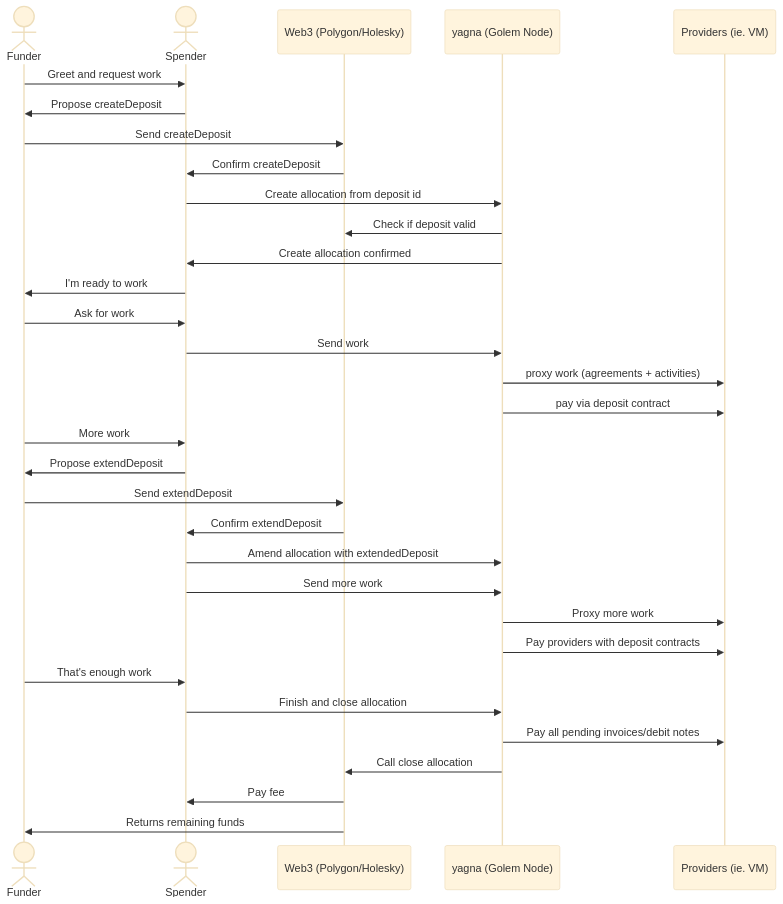
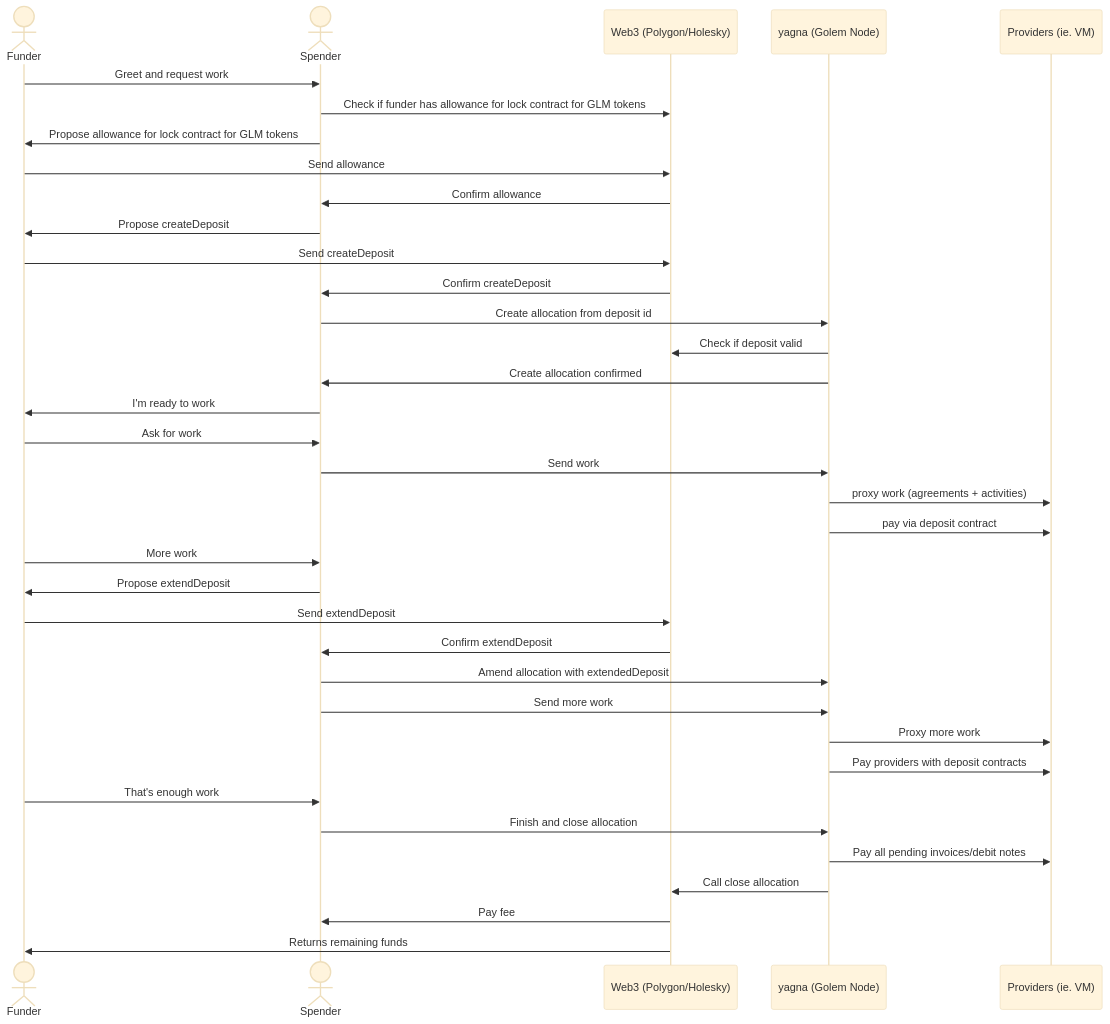
Before and after one commit to golemfactory/golem-architecture: the first of 2 diagrams in specs/deposits.md, drawn with Mermaid (base theme).

Commit message:
fix: added info about allowance

````diff
--- a/specs/deposits.md
+++ b/specs/deposits.md
@@ -181,34 +181,38 @@
 ```mermaid
 sequenceDiagram
     actor Funder
     actor Spender
     participant Web3 as Web3 (Polygon/Holesky)
     participant yagna as yagna (Golem Node)
     participant providers as Providers (ie. VM)
     Funder->>Spender: Greet and request work
+    Spender->>Web3: Check if funder has allowance for lock contract for GLM tokens
+    Spender->>Funder: Propose allowance for lock contract for GLM tokens
+    Funder->>Web3: Send allowance
+    Web3->>Spender: Confirm allowance
     Spender->>Funder: Propose createDeposit
     Funder->>Web3: Send createDeposit
     Web3->>Spender: Confirm createDeposit
     Spender->>yagna: Create allocation from deposit id
     yagna->>Web3: Check if deposit valid
     yagna->>Spender: Create allocation confirmed
     Spender->>Funder: I'm ready to work
     Funder->>Spender: Ask for work
     Spender->>yagna: Send work
     yagna->>providers: proxy work (agreements + activities)
     yagna->>providers: pay via deposit contract
     Funder->>Spender: More work
     Spender->>Funder: Propose extendDeposit
     Funder->>Web3: Send extendDeposit
     Web3->>Spender: Confirm extendDeposit
     Spender->>yagna: Amend allocation with extendedDeposit
     Spender->>yagna: Send more work
     yagna->>providers: Proxy more work
     yagna->>providers: Pay providers with deposit contracts
     Funder->>Spender: That's enough work
     Spender->>yagna: Finish and close allocation
     yagna->>providers: Pay all pending invoices/debit notes
     yagna->>Web3: Call close allocation
     Web3->>Spender: Pay fee
     Web3->>Funder: Returns remaining funds
 ```
````
